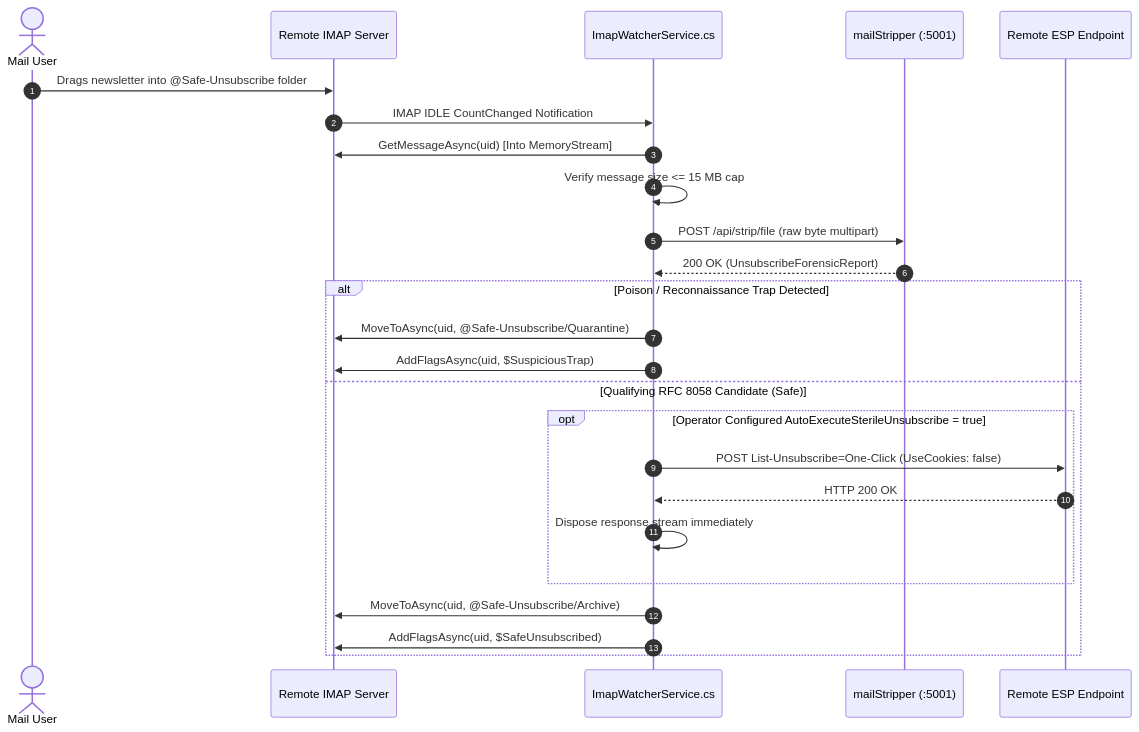
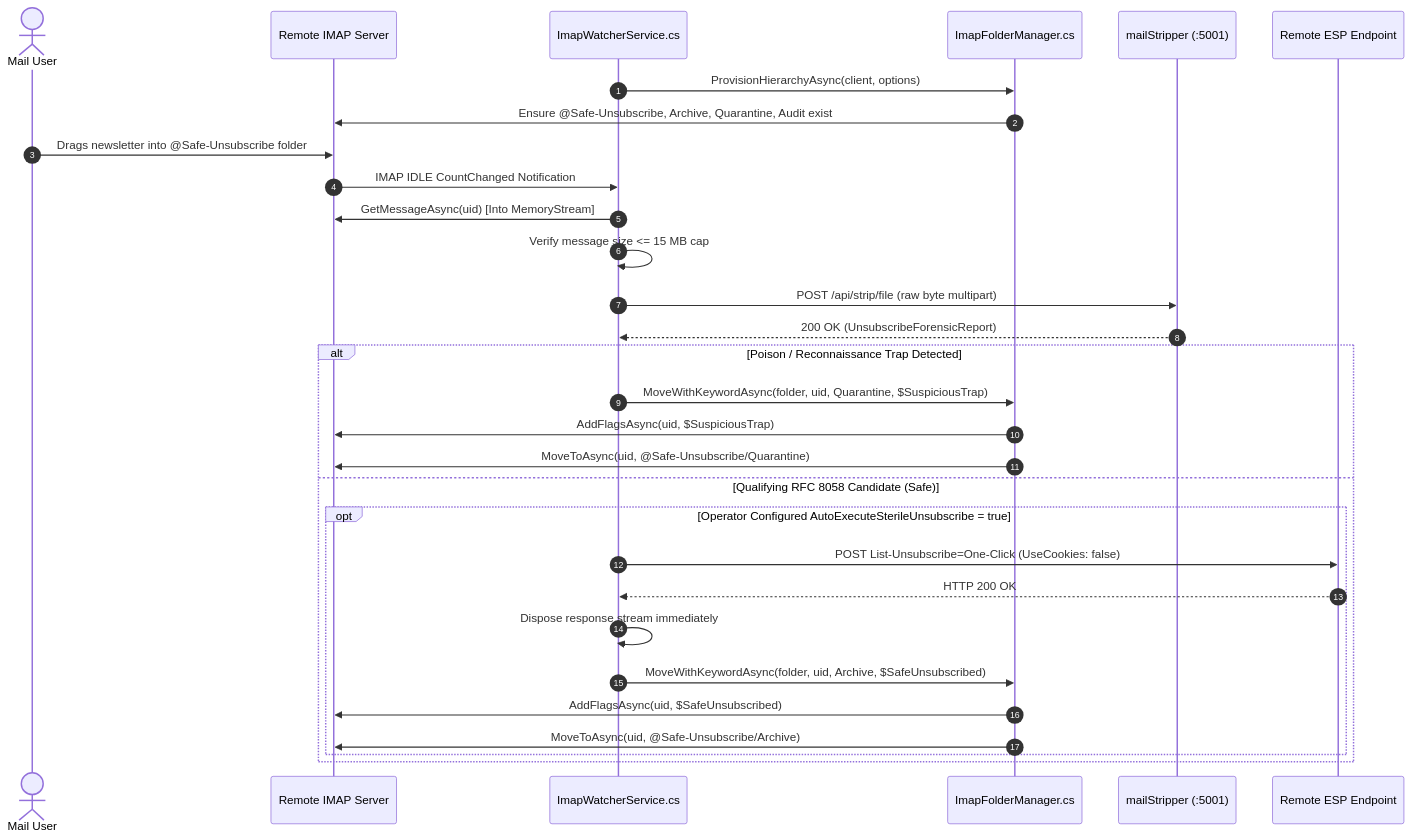
One commit to knowthankyew/mail-stripper-imap changed the second of 2 diagrams in docs/ARCHITECTURE.md. Above: the diagram before and after it, drawn with Mermaid. The commit also changed other lines of this file and 13 other files, not shown here.

Commit message:
feat(imap): implement Milestone 2 folder quarantine, flag tagging, and backoff recovery

````diff
--- a/docs/ARCHITECTURE.md
+++ b/docs/ARCHITECTURE.md
@@ -75,29 +77,34 @@
 ```mermaid
 sequenceDiagram
     autonumber
     actor User as Mail User
     participant IMAP as Remote IMAP Server
     participant Watcher as ImapWatcherService.cs
+    participant FolderMgr as ImapFolderManager.cs
     participant LocalMS as mailStripper (:5001)
     participant RemoteESP as Remote ESP Endpoint
 
+    Watcher->>FolderMgr: ProvisionHierarchyAsync(client, options)
+    FolderMgr->>IMAP: Ensure @Safe-Unsubscribe, Archive, Quarantine, Audit exist
     User->>IMAP: Drags newsletter into @Safe-Unsubscribe folder
     IMAP->>Watcher: IMAP IDLE CountChanged Notification
     Watcher->>IMAP: GetMessageAsync(uid) [Into MemoryStream]
     Watcher->>Watcher: Verify message size <= 15 MB cap
     Watcher->>LocalMS: POST /api/strip/file (raw byte multipart)
     LocalMS-->>Watcher: 200 OK (UnsubscribeForensicReport)
 
     alt Poison / Reconnaissance Trap Detected
-        Watcher->>IMAP: MoveToAsync(uid, @Safe-Unsubscribe/Quarantine)
-        Watcher->>IMAP: AddFlagsAsync(uid, $SuspiciousTrap)
+        Watcher->>FolderMgr: MoveWithKeywordAsync(folder, uid, Quarantine, $SuspiciousTrap)
+        FolderMgr->>IMAP: AddFlagsAsync(uid, $SuspiciousTrap)
+        FolderMgr->>IMAP: MoveToAsync(uid, @Safe-Unsubscribe/Quarantine)
     else Qualifying RFC 8058 Candidate (Safe)
         opt Operator Configured AutoExecuteSterileUnsubscribe = true
             Watcher->>RemoteESP: POST List-Unsubscribe=One-Click (UseCookies: false)
             RemoteESP-->>Watcher: HTTP 200 OK
             Watcher->>Watcher: Dispose response stream immediately
+            Watcher->>FolderMgr: MoveWithKeywordAsync(folder, uid, Archive, $SafeUnsubscribed)
+            FolderMgr->>IMAP: AddFlagsAsync(uid, $SafeUnsubscribed)
+            FolderMgr->>IMAP: MoveToAsync(uid, @Safe-Unsubscribe/Archive)
         end
-        Watcher->>IMAP: MoveToAsync(uid, @Safe-Unsubscribe/Archive)
-        Watcher->>IMAP: AddFlagsAsync(uid, $SafeUnsubscribed)
     end
 ```
````
